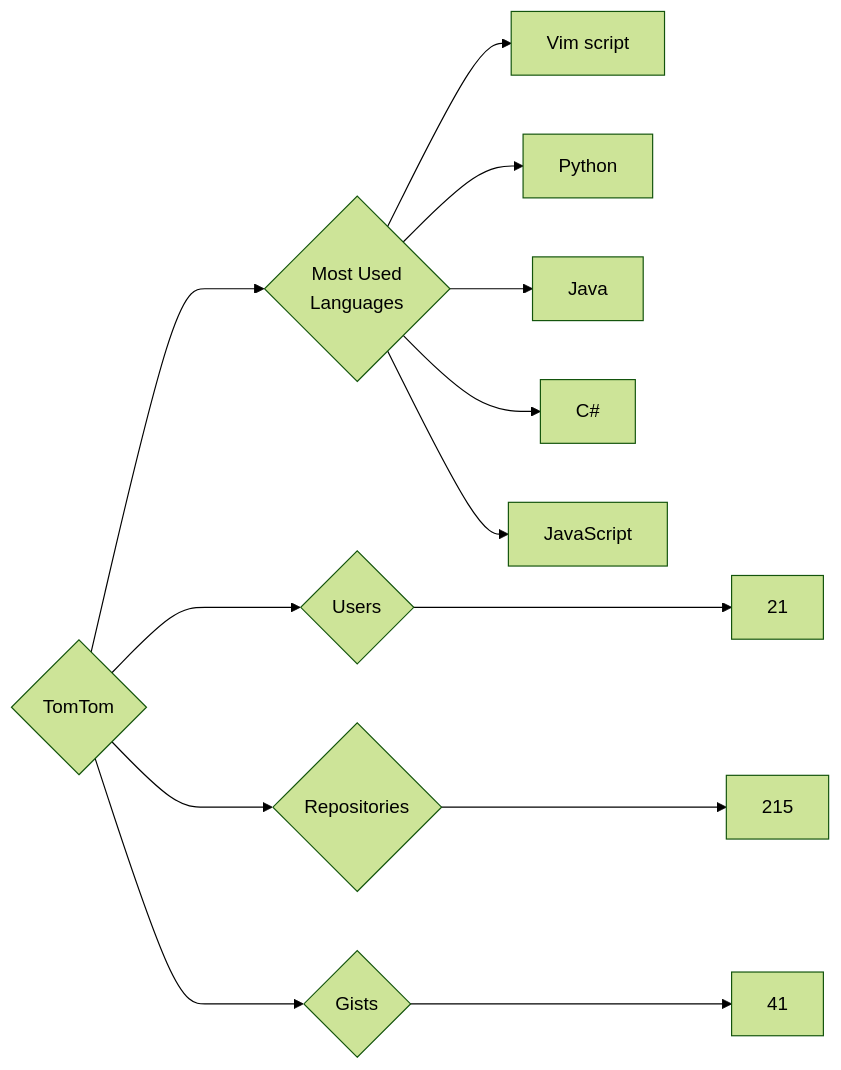
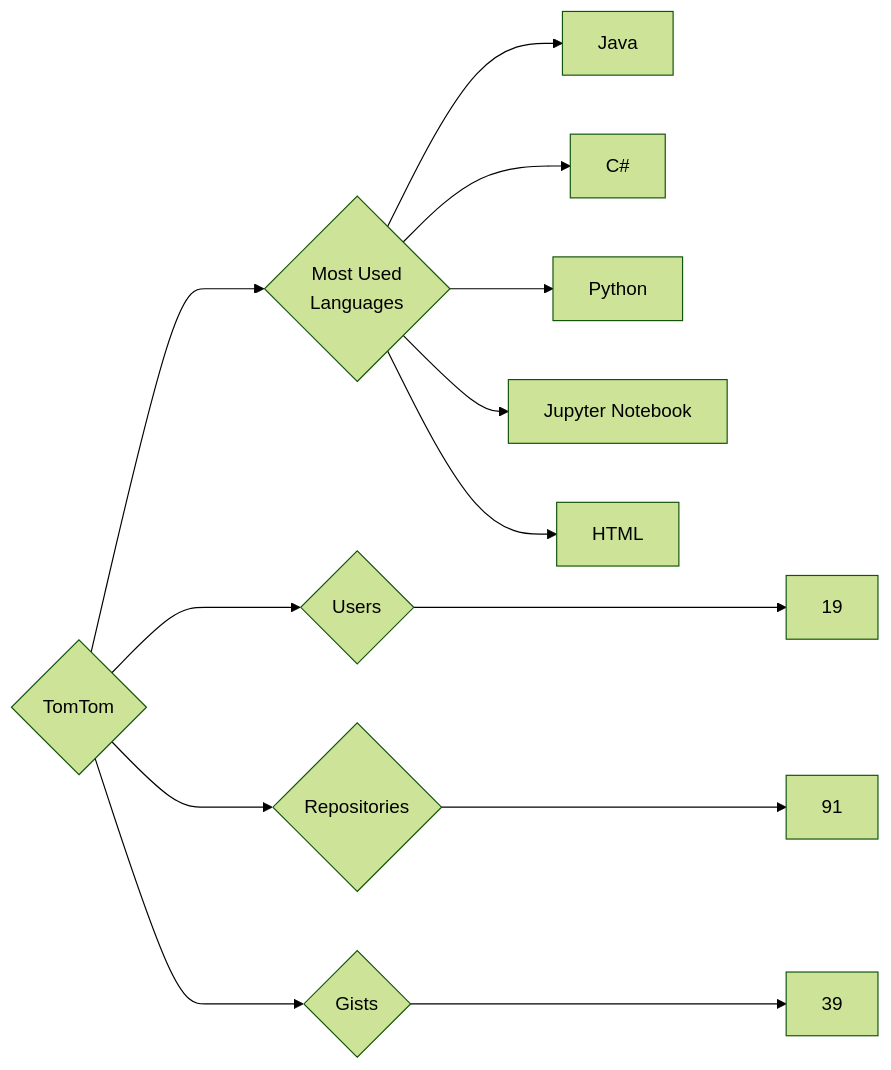
One commit to trickest/insiders changed the diagram in targets/TomTom/README.md. Above: the diagram before and after it, drawn with Mermaid (forest theme). The commit also changed 940 other files, not shown here.

````diff
--- a/targets/TomTom/README.md
+++ b/targets/TomTom/README.md
@@ -3,13 +3,13 @@
 ```mermaid
 graph LR
 COMPANY_NAME{TomTom}
-COMPANY_NAME ---> U{Users} ---> UN[21]
-COMPANY_NAME ---> R{Repositories} ---> RN[215]
-COMPANY_NAME ---> G{Gists} ---> GN[41]
+COMPANY_NAME ---> U{Users} ---> UN[19]
+COMPANY_NAME ---> R{Repositories} ---> RN[91]
+COMPANY_NAME ---> G{Gists} ---> GN[39]
 COMPANY_NAME ---> ML{Most Used<br>Languages}
-ML --> Vim_script[Vim script]
-ML --> Python[Python]
 ML --> Java[Java]
 ML --> C#[C#]
-ML --> JavaScript[JavaScript]
+ML --> Python[Python]
+ML --> Jupyter_Notebook[Jupyter Notebook]
+ML --> HTML[HTML]
 ```
````
